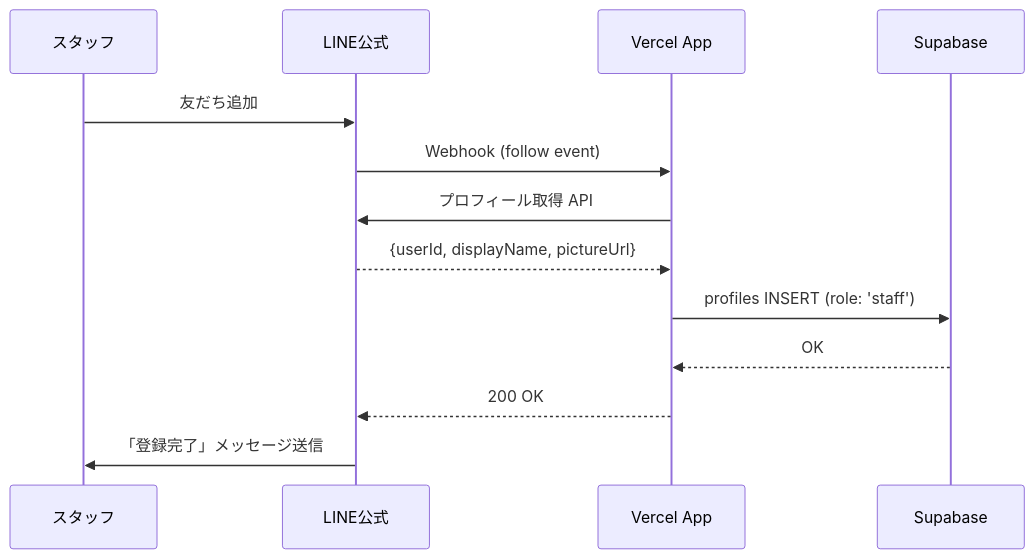
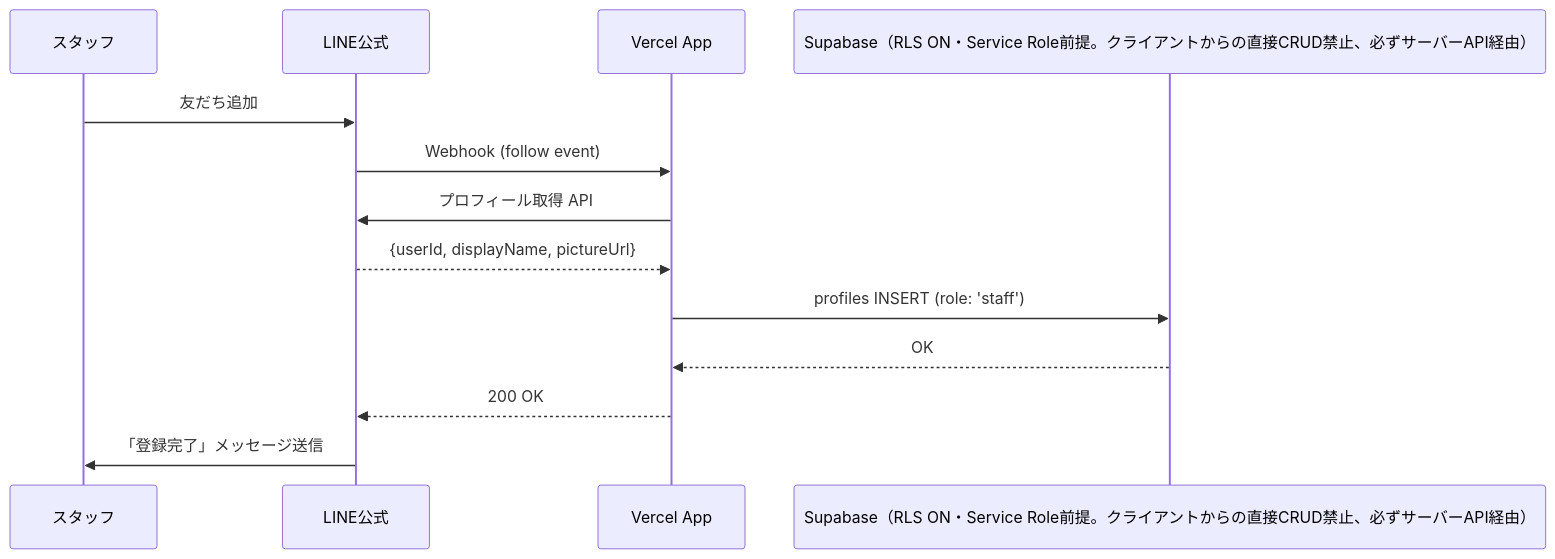
The first of 2 diagrams in docs/designe/28-スタッフLINE認証仕様書.md (Ks-Classic/cOralup-yourTIME), drawn with Mermaid before and after one commit. The commit also changed 26 other files, not shown here.

````diff
--- a/docs/designe/28-スタッフLINE認証仕様書.md
+++ b/docs/designe/28-スタッフLINE認証仕様書.md
@@ -158,16 +158,16 @@
 ```mermaid
 sequenceDiagram
     participant Staff as スタッフ
     participant LINE as LINE公式
     participant App as Vercel App
-    participant DB as Supabase
+    participant DB as Supabase（RLS ON・Service Role前提。クライアントからの直接CRUD禁止、必ずサーバーAPI経由）
 
     Staff->>LINE: 友だち追加
     LINE->>App: Webhook (follow event)
     App->>LINE: プロフィール取得 API
     LINE-->>App: {userId, displayName, pictureUrl}
     App->>DB: profiles INSERT (role: 'staff')
     DB-->>App: OK
     App-->>LINE: 200 OK
     LINE->>Staff: 「登録完了」メッセージ送信
 ```
````
